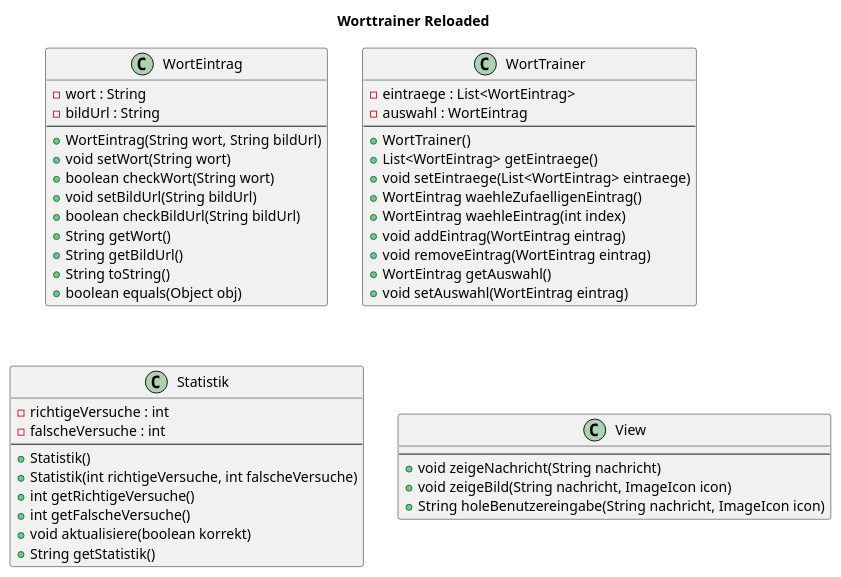
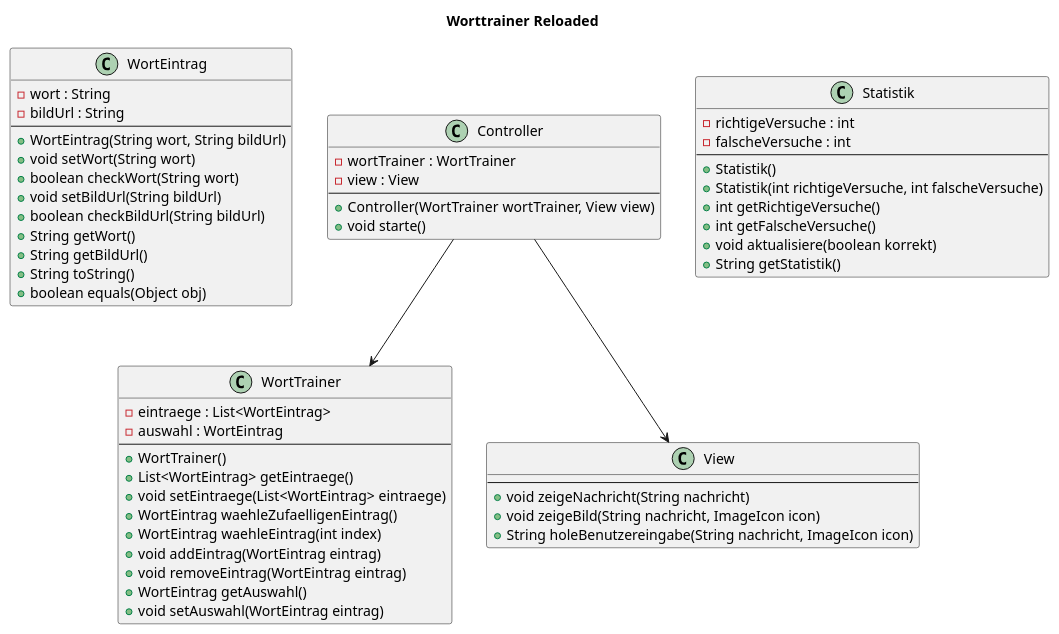
Before and after one commit to TGM-HIT/sew9-2425-worttrainer-fpolichetti: the diagram in UML/worttrainer_PUML.puml, drawn with PlantUML.

Commit message:
[FEATURE 6] [ENTWURF] Controller UML

```diff
--- a/UML/worttrainer_PUML.puml
+++ b/UML/worttrainer_PUML.puml
@@ -1,54 +1,65 @@
 @startuml
 title: Worttrainer Reloaded
 
 class WortEintrag {
   -wort : String
   -bildUrl : String
   --
   +WortEintrag(String wort, String bildUrl)
   +void setWort(String wort)
   +boolean checkWort(String wort)
   +void setBildUrl(String bildUrl)
   +boolean checkBildUrl(String bildUrl)
   +String getWort()
   +String getBildUrl()
   +String toString()
   +boolean equals(Object obj)
 }
 
 class WortTrainer {
   -eintraege : List<WortEintrag>
   -auswahl : WortEintrag
   --
   +WortTrainer()
   +List<WortEintrag> getEintraege()
   +void setEintraege(List<WortEintrag> eintraege)
   +WortEintrag waehleZufaelligenEintrag()
   +WortEintrag waehleEintrag(int index)
   +void addEintrag(WortEintrag eintrag)
   +void removeEintrag(WortEintrag eintrag)
   +WortEintrag getAuswahl()
   +void setAuswahl(WortEintrag eintrag)
 }
 
 class Statistik {
   -richtigeVersuche : int
   -falscheVersuche : int
   --
   +Statistik()
   +Statistik(int richtigeVersuche, int falscheVersuche)
   +int getRichtigeVersuche()
   +int getFalscheVersuche()
   +void aktualisiere(boolean korrekt)
   +String getStatistik()
 }
 
 class View {
   --
   +void zeigeNachricht(String nachricht)
   +void zeigeBild(String nachricht, ImageIcon icon)
   +String holeBenutzereingabe(String nachricht, ImageIcon icon)
 }
 
 
+class Controller {
+  -wortTrainer : WortTrainer
+  -view : View
+  --
+  +Controller(WortTrainer wortTrainer, View view)
+  +void starte()
+}
+Controller --> WortTrainer
+Controller --> View
+
+
 @enduml
```
